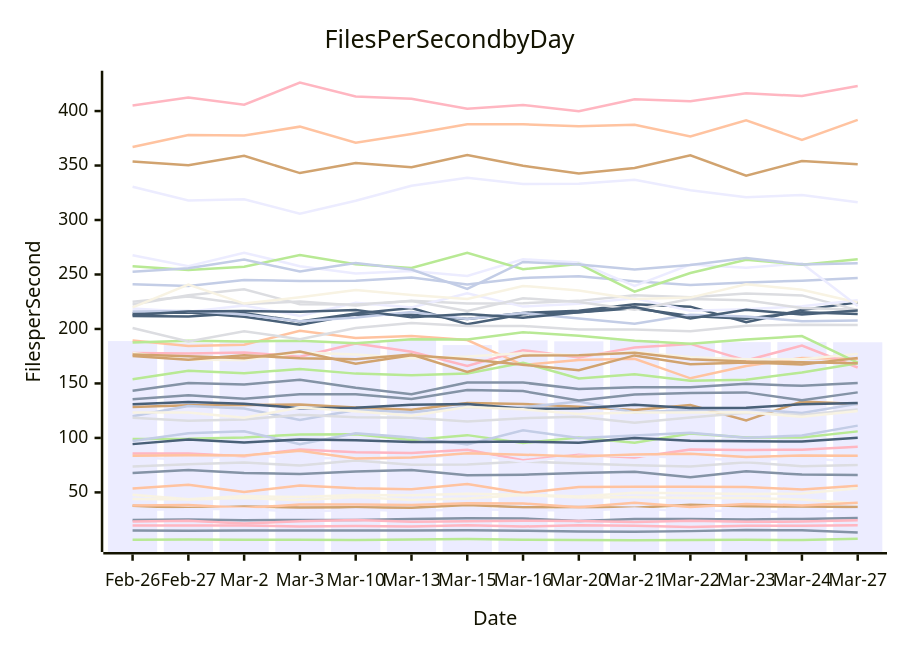
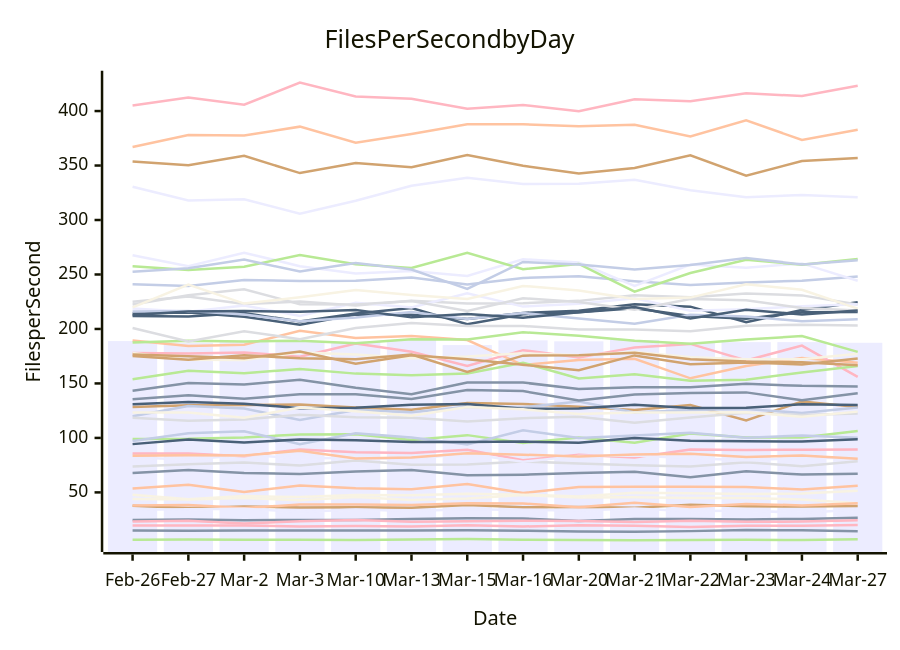
One commit to streetsidesoftware/cspell changed the diagram in perf-report.md. Above: the diagram before and after it, drawn with Mermaid. The commit also changed other lines of this file and 2 other files, not shown here.

````diff
--- a/perf-report.md
+++ b/perf-report.md
@@ -11,57 +11,57 @@
 ```mermaid
 xychart-beta
     title Files Per Second by Day
     y-axis Files per Second
     x-axis Date [Feb-26, Feb-27, Mar-2, Mar-3, Mar-10, Mar-13, Mar-15, Mar-16, Mar-20, Mar-21, Mar-22, Mar-23, Mar-24, Mar-27]
-    bar [188.86, 187.47, 189.15, 187.99, 188.38, 189.98, 185.21, 189.57, 188.63, 189.87, 187.45, 187.93, 187.93, 187.79]
-    line [14.98, 14.69, 15.09, 15.05, 14.93, 14.92, 15.23, 14.84, 14.06, 13.99, 14.45, 15.39, 15.15, 13.22]
-    line [366.95, 377.92, 377.66, 385.69, 370.91, 378.91, 387.90, 387.80, 386.06, 387.41, 376.59, 391.51, 373.44, 391.90]
-    line [73.75, 75.77, 77.40, 74.68, 79.36, 75.39, 75.58, 78.40, 76.58, 74.92, 73.83, 77.77, 74.02, 75.15]
-    line [99.09, 99.19, 100.48, 103.18, 103.33, 98.05, 102.55, 95.32, 100.34, 95.68, 103.94, 100.49, 100.37, 106.00]
-    line [128.31, 129.87, 130.27, 130.71, 127.81, 125.76, 132.01, 131.14, 128.67, 125.67, 130.11, 116.06, 133.46, 131.09]
-    line [119.96, 129.35, 126.96, 116.50, 125.61, 123.50, 128.64, 128.22, 133.34, 123.28, 125.66, 126.65, 122.93, 131.44]
-    line [85.68, 85.69, 83.26, 89.40, 86.73, 86.09, 89.20, 79.46, 84.64, 82.02, 89.37, 88.80, 89.20, 91.93]
-    line [214.22, 215.21, 211.23, 203.79, 213.30, 213.00, 209.05, 214.75, 216.78, 222.67, 220.47, 206.28, 217.42, 224.41]
-    line [43.86, 43.58, 44.95, 42.68, 45.79, 43.00, 44.30, 47.55, 45.42, 45.55, 44.76, 44.94, 43.55, 39.81]
-    line [81.93, 80.10, 84.29, 81.35, 81.66, 80.93, 85.41, 78.19, 83.51, 83.81, 81.43, 79.47, 81.70, 77.78]
-    line [24.62, 25.06, 24.45, 24.76, 24.74, 25.60, 26.18, 25.98, 23.83, 25.61, 25.64, 25.22, 25.67, 26.61]
-    line [189.34, 184.31, 185.47, 198.42, 191.68, 193.62, 189.84, 166.89, 171.60, 172.56, 154.71, 166.00, 173.35, 172.53]
-    line [225.02, 229.69, 222.82, 225.14, 221.56, 225.82, 223.33, 223.62, 225.78, 230.86, 229.00, 232.44, 230.81, 217.27]
-    line [6.44, 6.78, 6.62, 6.55, 6.32, 6.79, 7.12, 6.59, 6.35, 6.19, 6.26, 6.60, 6.25, 7.37]
-    line [37.66, 35.60, 37.02, 36.08, 36.38, 35.91, 38.37, 36.25, 36.61, 35.87, 38.67, 37.37, 36.99, 36.59]
-    line [97.11, 104.32, 106.04, 94.30, 104.19, 100.36, 94.07, 106.95, 99.82, 102.15, 104.63, 100.11, 102.26, 111.27]
-    line [177.93, 177.54, 178.41, 174.58, 186.65, 179.06, 166.05, 180.55, 173.75, 182.92, 186.30, 171.18, 184.68, 164.60]
-    line [211.79, 211.44, 214.66, 206.78, 214.22, 219.20, 204.44, 213.42, 215.32, 218.95, 211.96, 209.30, 215.41, 213.71]
-    line [177.93, 171.71, 171.61, 178.31, 176.56, 173.19, 174.63, 177.66, 175.92, 178.79, 174.01, 172.30, 172.16, 177.13]
-    line [218.81, 215.75, 221.50, 212.02, 224.11, 219.75, 232.68, 220.52, 223.12, 228.15, 216.79, 218.07, 220.91, 226.36]
-    line [143.30, 150.41, 149.07, 153.47, 146.06, 140.05, 150.95, 150.81, 144.94, 146.39, 146.52, 149.65, 147.78, 150.48]
-    line [83.59, 84.08, 83.89, 88.30, 81.02, 82.11, 85.90, 84.63, 82.99, 84.87, 85.57, 82.40, 83.84, 83.53]
-    line [222.46, 230.96, 236.51, 222.64, 222.38, 225.56, 216.60, 228.18, 224.68, 217.69, 227.52, 226.28, 219.14, 217.55]
-    line [187.50, 189.10, 188.54, 189.19, 186.81, 190.52, 190.26, 197.02, 193.75, 189.15, 186.42, 190.28, 193.49, 169.01]
-    line [353.61, 350.32, 358.90, 343.06, 352.21, 348.39, 359.59, 349.81, 342.75, 347.71, 359.34, 340.76, 354.09, 351.13]
-    line [240.98, 239.52, 244.96, 243.99, 244.22, 247.23, 240.74, 246.80, 248.37, 243.77, 240.29, 242.61, 244.28, 246.87]
-    line [23.19, 24.07, 21.50, 23.56, 24.56, 23.16, 23.57, 24.07, 23.83, 22.72, 24.07, 23.01, 23.19, 24.46]
-    line [94.30, 98.50, 95.82, 98.55, 97.82, 96.22, 96.21, 96.60, 95.61, 100.00, 97.34, 96.90, 96.73, 100.04]
-    line [219.75, 240.64, 223.28, 229.19, 235.85, 231.18, 227.46, 239.47, 235.22, 227.41, 228.79, 241.01, 235.98, 224.21]
-    line [330.45, 317.84, 319.02, 305.87, 317.67, 331.44, 338.69, 332.97, 333.24, 336.87, 327.34, 320.84, 322.94, 316.33]
-    line [135.42, 139.26, 136.06, 139.99, 140.01, 135.63, 143.93, 142.95, 134.36, 139.82, 141.15, 141.79, 134.53, 141.80]
-    line [38.02, 38.35, 35.65, 38.90, 38.99, 38.46, 40.13, 39.77, 36.42, 40.38, 36.50, 39.38, 38.08, 40.51]
-    line [118.53, 115.70, 116.93, 121.24, 118.95, 118.40, 114.99, 118.14, 119.47, 113.95, 118.70, 123.16, 121.00, 126.17]
-    line [153.79, 161.66, 159.28, 163.36, 159.01, 157.48, 159.10, 169.05, 154.54, 158.47, 152.54, 153.40, 160.13, 168.54]
-    line [176.50, 175.06, 173.05, 179.29, 168.17, 175.84, 172.23, 167.20, 162.09, 175.73, 167.53, 169.26, 167.37, 173.40]
-    line [215.98, 216.39, 213.20, 207.00, 210.46, 215.67, 209.05, 214.60, 209.59, 204.82, 212.94, 211.50, 207.03, 207.82]
-    line [405.05, 412.32, 405.86, 426.09, 413.29, 411.20, 402.18, 405.65, 399.88, 410.92, 409.10, 416.42, 413.72, 422.90]
-    line [131.00, 133.00, 131.45, 127.22, 127.60, 130.54, 131.20, 126.76, 126.98, 130.36, 127.52, 127.75, 130.81, 132.15]
-    line [123.31, 123.27, 118.58, 127.90, 124.38, 120.45, 128.40, 126.26, 121.85, 123.29, 123.31, 123.57, 119.37, 124.79]
-    line [267.57, 257.62, 270.01, 257.62, 250.97, 253.10, 248.68, 263.99, 260.91, 239.46, 259.16, 256.10, 260.18, 221.18]
-    line [67.89, 70.56, 67.78, 66.98, 69.18, 70.51, 65.83, 66.30, 67.73, 68.98, 63.91, 69.35, 66.34, 66.00]
-    line [53.55, 56.91, 50.34, 56.33, 53.77, 52.96, 57.64, 49.40, 55.01, 55.07, 55.14, 54.97, 52.69, 56.05]
-    line [200.84, 188.59, 197.81, 190.62, 200.86, 205.50, 202.63, 202.69, 199.56, 199.40, 197.96, 202.91, 203.92, 203.55]
-    line [257.65, 254.22, 257.02, 267.92, 259.39, 256.02, 269.97, 254.79, 259.65, 234.19, 251.38, 263.45, 259.03, 263.98]
-    line [175.27, 171.69, 175.82, 173.02, 172.27, 176.52, 160.55, 175.49, 175.91, 178.24, 172.29, 170.07, 169.37, 168.54]
-    line [252.54, 255.82, 263.63, 252.65, 260.43, 254.55, 236.73, 261.47, 259.22, 254.59, 258.80, 265.17, 259.19, 260.36]
-    line [19.60, 19.60, 19.63, 18.78, 19.22, 18.67, 19.78, 18.71, 19.79, 19.47, 18.35, 19.30, 19.37, 19.84]
-    line [212.86, 215.99, 216.40, 215.81, 217.40, 210.64, 213.63, 210.38, 215.44, 220.20, 209.66, 217.73, 213.19, 217.02]
-    line [47.91, 43.77, 46.60, 45.68, 47.70, 47.47, 48.64, 47.90, 46.22, 49.72, 49.15, 48.47, 48.92, 53.78]
-    line [33.98, 34.43, 34.99, 32.10, 34.36, 33.03, 34.53, 33.80, 33.49, 35.23, 32.80, 33.41, 31.17, 34.38]
+    bar [188.86, 187.47, 189.15, 187.99, 188.38, 189.98, 185.21, 189.57, 188.63, 189.87, 187.45, 187.93, 187.93, 187.34]
+    line [14.98, 14.69, 15.09, 15.05, 14.93, 14.92, 15.23, 14.84, 14.06, 13.99, 14.45, 15.39, 15.15, 14.41]
+    line [366.95, 377.92, 377.66, 385.69, 370.91, 378.91, 387.90, 387.80, 386.06, 387.41, 376.59, 391.51, 373.44, 382.83]
+    line [73.75, 75.77, 77.40, 74.68, 79.36, 75.39, 75.58, 78.40, 76.58, 74.92, 73.83, 77.77, 74.02, 78.50]
+    line [99.09, 99.19, 100.48, 103.18, 103.33, 98.05, 102.55, 95.32, 100.34, 95.68, 103.94, 100.49, 100.37, 106.30]
+    line [128.31, 129.87, 130.27, 130.71, 127.81, 125.76, 132.01, 131.14, 128.67, 125.67, 130.11, 116.06, 133.46, 128.33]
+    line [119.96, 129.35, 126.96, 116.50, 125.61, 123.50, 128.64, 128.22, 133.34, 123.28, 125.66, 126.65, 122.93, 127.97]
+    line [85.68, 85.69, 83.26, 89.40, 86.73, 86.09, 89.20, 79.46, 84.64, 82.02, 89.37, 88.80, 89.20, 89.47]
+    line [214.22, 215.21, 211.23, 203.79, 213.30, 213.00, 209.05, 214.75, 216.78, 222.67, 220.47, 206.28, 217.42, 224.45]
+    line [43.86, 43.58, 44.95, 42.68, 45.79, 43.00, 44.30, 47.55, 45.42, 45.55, 44.76, 44.94, 43.55, 40.04]
+    line [81.93, 80.10, 84.29, 81.35, 81.66, 80.93, 85.41, 78.19, 83.51, 83.81, 81.43, 79.47, 81.70, 81.59]
+    line [24.62, 25.06, 24.45, 24.76, 24.74, 25.60, 26.18, 25.98, 23.83, 25.61, 25.64, 25.22, 25.67, 26.68]
+    line [189.34, 184.31, 185.47, 198.42, 191.68, 193.62, 189.84, 166.89, 171.60, 172.56, 154.71, 166.00, 173.35, 168.97]
+    line [225.02, 229.69, 222.82, 225.14, 221.56, 225.82, 223.33, 223.62, 225.78, 230.86, 229.00, 232.44, 230.81, 222.42]
+    line [6.44, 6.78, 6.62, 6.55, 6.32, 6.79, 7.12, 6.59, 6.35, 6.19, 6.26, 6.60, 6.25, 7.08]
+    line [37.66, 35.60, 37.02, 36.08, 36.38, 35.91, 38.37, 36.25, 36.61, 35.87, 38.67, 37.37, 36.99, 37.59]
+    line [97.11, 104.32, 106.04, 94.30, 104.19, 100.36, 94.07, 106.95, 99.82, 102.15, 104.63, 100.11, 102.26, 100.20]
+    line [177.93, 177.54, 178.41, 174.58, 186.65, 179.06, 166.05, 180.55, 173.75, 182.92, 186.30, 171.18, 184.68, 156.06]
+    line [211.79, 211.44, 214.66, 206.78, 214.22, 219.20, 204.44, 213.42, 215.32, 218.95, 211.96, 209.30, 215.41, 215.47]
+    line [177.93, 171.71, 171.61, 178.31, 176.56, 173.19, 174.63, 177.66, 175.92, 178.79, 174.01, 172.30, 172.16, 177.21]
+    line [218.81, 215.75, 221.50, 212.02, 224.11, 219.75, 232.68, 220.52, 223.12, 228.15, 216.79, 218.07, 220.91, 222.75]
+    line [143.30, 150.41, 149.07, 153.47, 146.06, 140.05, 150.95, 150.81, 144.94, 146.39, 146.52, 149.65, 147.78, 147.22]
+    line [83.59, 84.08, 83.89, 88.30, 81.02, 82.11, 85.90, 84.63, 82.99, 84.87, 85.57, 82.40, 83.84, 80.88]
+    line [222.46, 230.96, 236.51, 222.64, 222.38, 225.56, 216.60, 228.18, 224.68, 217.69, 227.52, 226.28, 219.14, 216.94]
+    line [187.50, 189.10, 188.54, 189.19, 186.81, 190.52, 190.26, 197.02, 193.75, 189.15, 186.42, 190.28, 193.49, 178.94]
+    line [353.61, 350.32, 358.90, 343.06, 352.21, 348.39, 359.59, 349.81, 342.75, 347.71, 359.34, 340.76, 354.09, 356.81]
+    line [240.98, 239.52, 244.96, 243.99, 244.22, 247.23, 240.74, 246.80, 248.37, 243.77, 240.29, 242.61, 244.28, 248.25]
+    line [23.19, 24.07, 21.50, 23.56, 24.56, 23.16, 23.57, 24.07, 23.83, 22.72, 24.07, 23.01, 23.19, 24.39]
+    line [94.30, 98.50, 95.82, 98.55, 97.82, 96.22, 96.21, 96.60, 95.61, 100.00, 97.34, 96.90, 96.73, 98.77]
+    line [219.75, 240.64, 223.28, 229.19, 235.85, 231.18, 227.46, 239.47, 235.22, 227.41, 228.79, 241.01, 235.98, 218.72]
+    line [330.45, 317.84, 319.02, 305.87, 317.67, 331.44, 338.69, 332.97, 333.24, 336.87, 327.34, 320.84, 322.94, 320.84]
+    line [135.42, 139.26, 136.06, 139.99, 140.01, 135.63, 143.93, 142.95, 134.36, 139.82, 141.15, 141.79, 134.53, 140.93]
+    line [38.02, 38.35, 35.65, 38.90, 38.99, 38.46, 40.13, 39.77, 36.42, 40.38, 36.50, 39.38, 38.08, 40.09]
+    line [118.53, 115.70, 116.93, 121.24, 118.95, 118.40, 114.99, 118.14, 119.47, 113.95, 118.70, 123.16, 121.00, 122.52]
+    line [153.79, 161.66, 159.28, 163.36, 159.01, 157.48, 159.10, 169.05, 154.54, 158.47, 152.54, 153.40, 160.13, 165.96]
+    line [176.50, 175.06, 173.05, 179.29, 168.17, 175.84, 172.23, 167.20, 162.09, 175.73, 167.53, 169.26, 167.37, 172.85]
+    line [215.98, 216.39, 213.20, 207.00, 210.46, 215.67, 209.05, 214.60, 209.59, 204.82, 212.94, 211.50, 207.03, 208.86]
+    line [405.05, 412.32, 405.86, 426.09, 413.29, 411.20, 402.18, 405.65, 399.88, 410.92, 409.10, 416.42, 413.72, 423.25]
+    line [131.00, 133.00, 131.45, 127.22, 127.60, 130.54, 131.20, 126.76, 126.98, 130.36, 127.52, 127.75, 130.81, 130.13]
+    line [123.31, 123.27, 118.58, 127.90, 124.38, 120.45, 128.40, 126.26, 121.85, 123.29, 123.31, 123.57, 119.37, 124.13]
+    line [267.57, 257.62, 270.01, 257.62, 250.97, 253.10, 248.68, 263.99, 260.91, 239.46, 259.16, 256.10, 260.18, 244.22]
+    line [67.89, 70.56, 67.78, 66.98, 69.18, 70.51, 65.83, 66.30, 67.73, 68.98, 63.91, 69.35, 66.34, 67.18]
+    line [53.55, 56.91, 50.34, 56.33, 53.77, 52.96, 57.64, 49.40, 55.01, 55.07, 55.14, 54.97, 52.69, 56.17]
+    line [200.84, 188.59, 197.81, 190.62, 200.86, 205.50, 202.63, 202.69, 199.56, 199.40, 197.96, 202.91, 203.92, 203.21]
+    line [257.65, 254.22, 257.02, 267.92, 259.39, 256.02, 269.97, 254.79, 259.65, 234.19, 251.38, 263.45, 259.03, 264.11]
+    line [175.27, 171.69, 175.82, 173.02, 172.27, 176.52, 160.55, 175.49, 175.91, 178.24, 172.29, 170.07, 169.37, 166.70]
+    line [252.54, 255.82, 263.63, 252.65, 260.43, 254.55, 236.73, 261.47, 259.22, 254.59, 258.80, 265.17, 259.19, 262.97]
+    line [19.60, 19.60, 19.63, 18.78, 19.22, 18.67, 19.78, 18.71, 19.79, 19.47, 18.35, 19.30, 19.37, 19.97]
+    line [212.86, 215.99, 216.40, 215.81, 217.40, 210.64, 213.63, 210.38, 215.44, 220.20, 209.66, 217.73, 213.19, 216.87]
+    line [47.91, 43.77, 46.60, 45.68, 47.70, 47.47, 48.64, 47.90, 46.22, 49.72, 49.15, 48.47, 48.92, 51.42]
+    line [33.98, 34.43, 34.99, 32.10, 34.36, 33.03, 34.53, 33.80, 33.49, 35.23, 32.80, 33.41, 31.17, 34.27]
 ```
````
